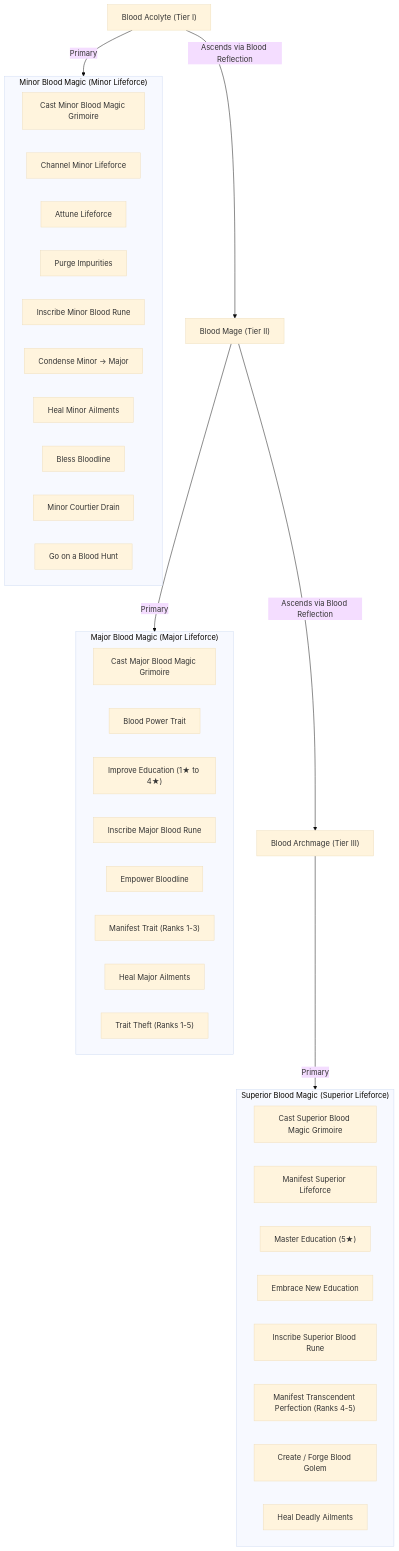
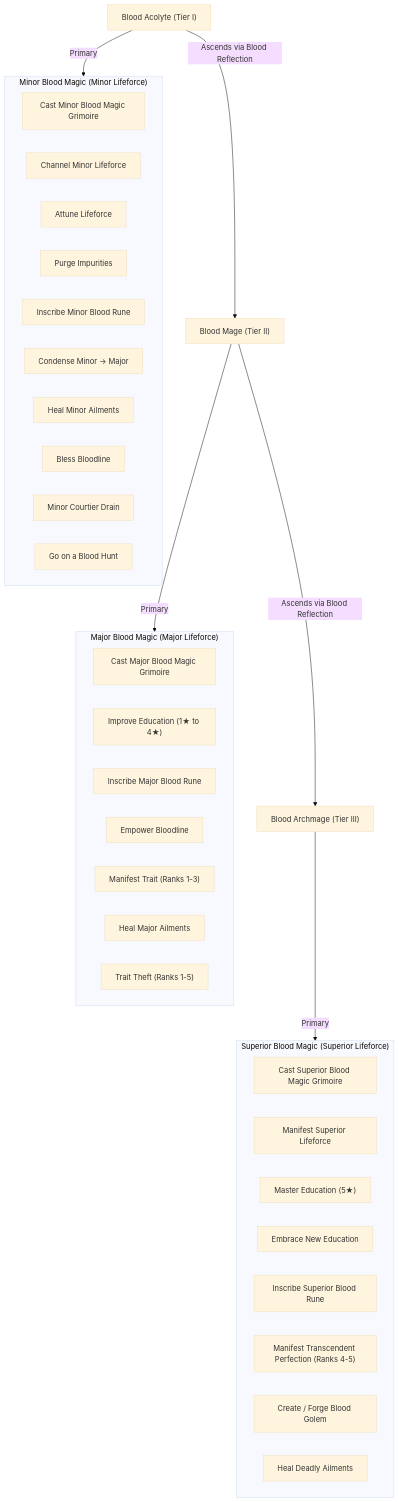
The diagram in docs-ai/architecture/blood-mage-magic-tiers.md (theNicelander/ck3_blood_mage), drawn with Mermaid (base theme) before and after one commit. The commit also changed other lines of this file and 49 other files, not shown here.

First line of the commit message:
v1.20.85: Remove Blood Power, expand Transmute Lifeforce to 6 reservoirs, and add Ancient Lifestyle XP (#190)

````diff
--- a/docs-ai/architecture/blood-mage-magic-tiers.md
+++ b/docs-ai/architecture/blood-mage-magic-tiers.md
@@ -9,43 +9,42 @@
 ```mermaid
 flowchart TD
     subgraph T1 ["Minor Blood Magic (Minor Lifeforce)"]
         M1["Cast Minor Blood Magic Grimoire"]
         M2["Channel Minor Lifeforce"]
         M3["Attune Lifeforce"]
         M4["Purge Impurities"]
         M5["Inscribe Minor Blood Rune"]
         M6["Condense Minor -> Major"]
         M7["Heal Minor Ailments"]
         M8["Bless Bloodline"]
         M10["Minor Courtier Drain"]
         M11["Go on a Blood Hunt"]
     end
 
     subgraph T2 ["Major Blood Magic (Major Lifeforce)"]
         J1["Cast Major Blood Magic Grimoire"]
-        J2["Blood Power Trait"]
         J3["Improve Education (1★ to 4★)"]
         J4["Inscribe Major Blood Rune"]
         J5["Empower Bloodline"]
         J6["Manifest Trait (Ranks 1-3)"]
         J7["Heal Major Ailments"]
         J9["Trait Theft (Ranks 1-5)"]
     end
 
     subgraph T3 ["Superior Blood Magic (Superior Lifeforce)"]
         S1["Cast Superior Blood Magic Grimoire"]
         S2["Manifest Superior Lifeforce"]
         S3["Master Education (5★)"]
         S4["Embrace New Education"]
         S5["Inscribe Superior Blood Rune"]
         S6["Manifest Transcendent Perfection (Ranks 4-5)"]
         S7["Create / Forge Blood Golem"]
         S8["Heal Deadly Ailments"]
     end
 
     BA["Blood Acolyte (Tier I)"] -->|Primary| T1
     BM["Blood Mage (Tier II)"] -->|Primary| T2
     BMArch["Blood Archmage (Tier III)"] -->|Primary| T3
     BA -->|Ascends via Blood Reflection| BM
     BM -->|Ascends via Blood Reflection| BMArch
 ```
````
